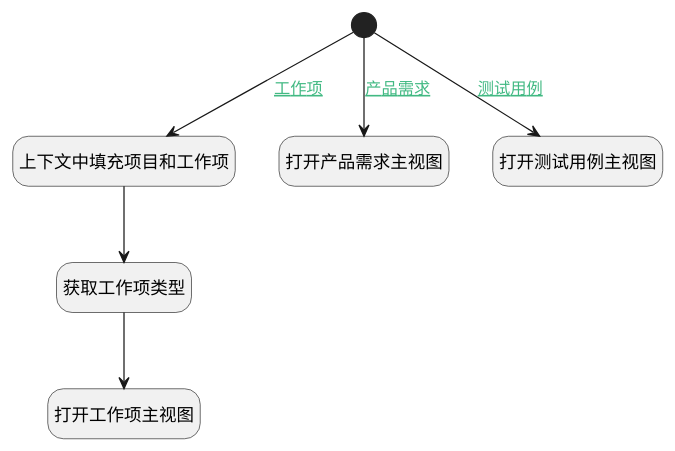
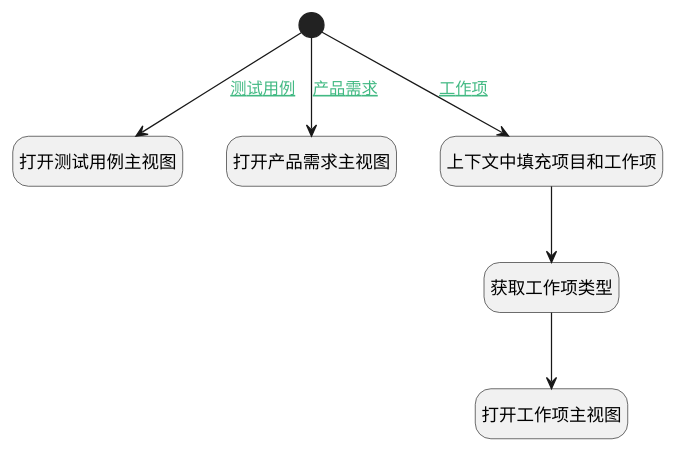
Before and after one commit to iBizLab/plm: the diagram in doc/docsify/module/Base/workload/uilogic/open_main_view.md, drawn with PlantUML. The commit also changed other lines of this file and 1778 other files, not shown here.

````diff
--- a/doc/docsify/module/Base/workload/uilogic/open_main_view.md
+++ b/doc/docsify/module/Base/workload/uilogic/open_main_view.md
@@ -7,27 +7,27 @@
 ```plantuml
 @startuml
 hide footbox
 <style>
 root {
   HyperlinkColor #42b983
 }
 </style>
 
 hide empty description
 state "开始" as Begin <<start>> [[$./open_main_view#begin {开始}]]
+state "打开工作项主视图" as DEUIACTION1  [[$./open_main_view#deuiaction1 {打开工作项主视图}]]
+state "打开测试用例主视图" as DEUIACTION2  [[$./open_main_view#deuiaction2 {打开测试用例主视图}]]
+state "获取工作项类型" as DEACTION1  [[$./open_main_view#deaction1 {获取工作项类型}]]
+state "打开产品需求主视图" as DEUIACTION3  [[$./open_main_view#deuiaction3 {打开产品需求主视图}]]
 state "上下文中填充项目和工作项" as PREPAREJSPARAM1  [[$./open_main_view#preparejsparam1 {上下文中填充项目和工作项}]]
-state "打开产品需求主视图" as DEUIACTION3  [[$./open_main_view#deuiaction3 {打开产品需求主视图}]]
-state "获取工作项类型" as DEACTION1  [[$./open_main_view#deaction1 {获取工作项类型}]]
-state "打开测试用例主视图" as DEUIACTION2  [[$./open_main_view#deuiaction2 {打开测试用例主视图}]]
-state "打开工作项主视图" as DEUIACTION1  [[$./open_main_view#deuiaction1 {打开工作项主视图}]]
 
 
 Begin --> PREPAREJSPARAM1 : [[$./open_main_view#begin-preparejsparam1{工作项} 工作项]]
 PREPAREJSPARAM1 --> DEACTION1
 DEACTION1 --> DEUIACTION1
 Begin --> DEUIACTION2 : [[$./open_main_view#begin-deuiaction2{测试用例} 测试用例]]
 Begin --> DEUIACTION3 : [[$./open_main_view#begin-deuiaction3{产品需求} 产品需求]]
 
 
 @enduml
 ```
````
